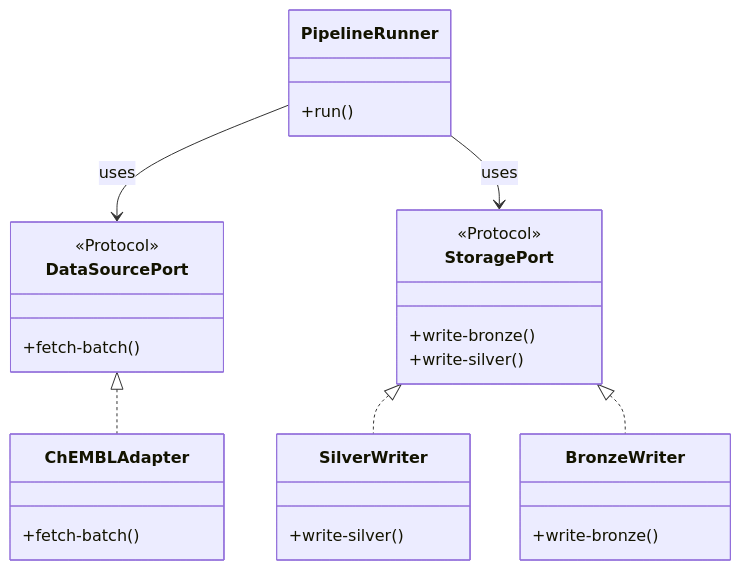
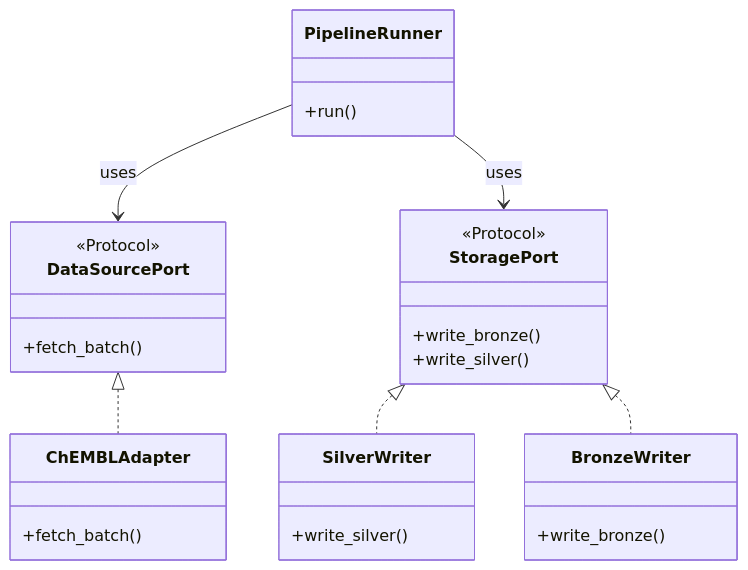
One commit to SatoryKono/BioactivityDataAcquisition changed the fifth of 7 diagrams in docs/skills/local/technical-designer-mermaid/references/patterns.md. Above: the diagram before and after it, drawn with Mermaid. The commit also changed other lines of this file and 27 other files, not shown here.

````diff
--- a/docs/skills/local/technical-designer-mermaid/references/patterns.md
+++ b/docs/skills/local/technical-designer-mermaid/references/patterns.md
@@ -111,37 +111,37 @@
 ```mermaid
 %% BioETL - Port Adapter Mapping
 %% @version 1.0.0
 %% @date 2026-02-27
 %% @type classDiagram
 %% @level Class / Interface
 %% @nodes 12
 %% @adr ADR-040
 classDiagram
     class DataSourcePort {
       <<Protocol>>
-      +fetch-batch()
+      +fetch_batch()
     }
     class StoragePort {
       <<Protocol>>
-      +write-bronze()
-      +write-silver()
+      +write_bronze()
+      +write_silver()
     }
     class ChEMBLAdapter {
-      +fetch-batch()
+      +fetch_batch()
     }
     class SilverWriter {
-      +write-silver()
+      +write_silver()
     }
     class BronzeWriter {
-      +write-bronze()
+      +write_bronze()
     }
     class PipelineRunner {
       +run()
     }
 
     DataSourcePort <|.. ChEMBLAdapter
     StoragePort <|.. SilverWriter
     StoragePort <|.. BronzeWriter
     PipelineRunner --> DataSourcePort : uses
     PipelineRunner --> StoragePort : uses
 ```
````
